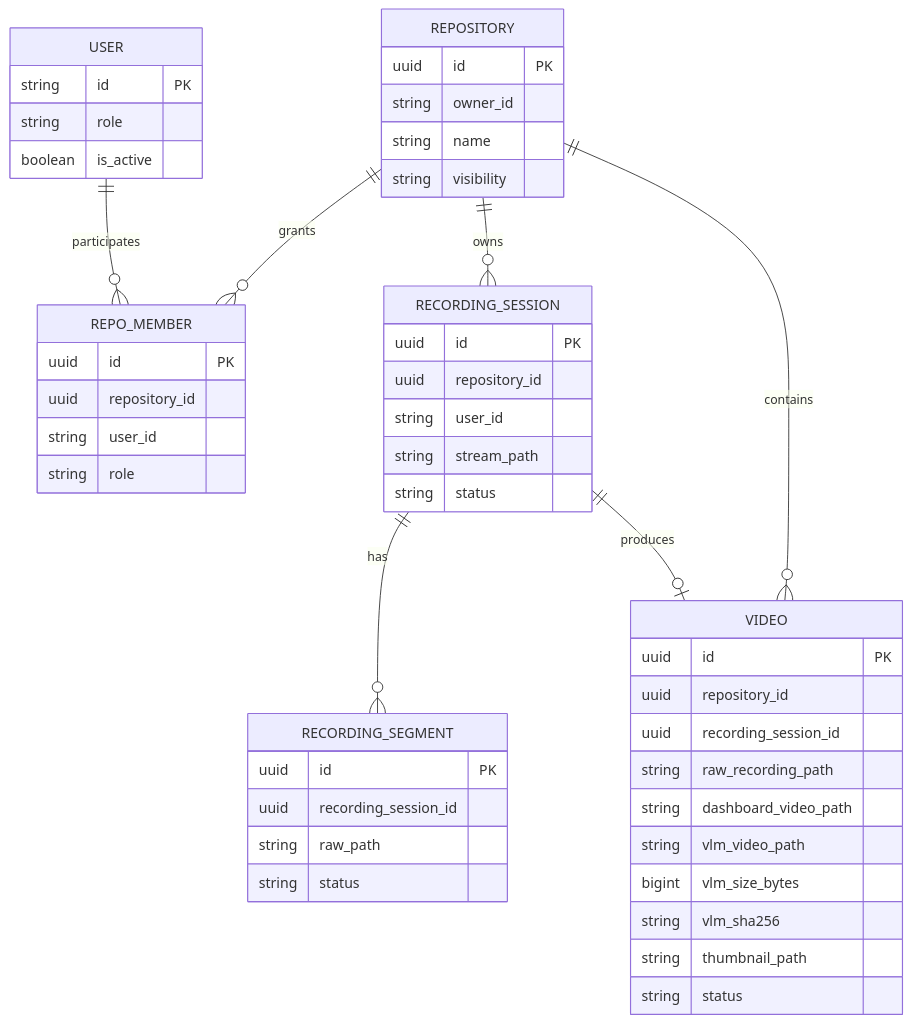
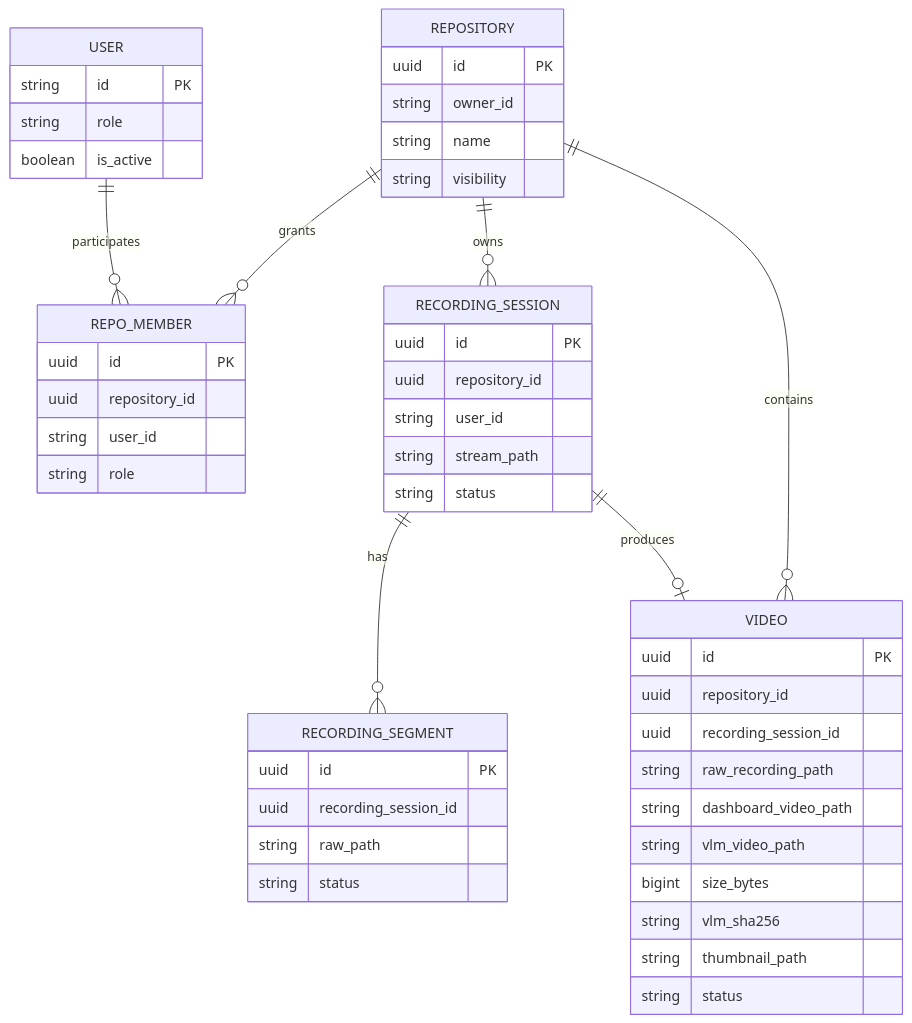
One commit to ego-flow/ego-flow-server changed the second of 2 diagrams in docs/04. project_architecture.md. Above: the diagram before and after it, drawn with Mermaid. The commit also changed 35 other files, not shown here.

````diff
--- a/docs/04. project_architecture.md
+++ b/docs/04. project_architecture.md
@@ -70,57 +70,57 @@
 ```mermaid
 erDiagram
     USER ||--o{ REPO_MEMBER : participates
     REPOSITORY ||--o{ REPO_MEMBER : grants
     REPOSITORY ||--o{ RECORDING_SESSION : owns
     REPOSITORY ||--o{ VIDEO : contains
     RECORDING_SESSION ||--o{ RECORDING_SEGMENT : has
     RECORDING_SESSION ||--o| VIDEO : produces
 
     USER {
         string id PK
         string role
         boolean is_active
     }
 
     REPOSITORY {
         uuid id PK
         string owner_id
         string name
         string visibility
     }
 
     REPO_MEMBER {
         uuid id PK
         uuid repository_id
         string user_id
         string role
     }
 
     RECORDING_SESSION {
         uuid id PK
         uuid repository_id
         string user_id
         string stream_path
         string status
     }
 
     RECORDING_SEGMENT {
         uuid id PK
         uuid recording_session_id
         string raw_path
         string status
     }
 
     VIDEO {
         uuid id PK
         uuid repository_id
         uuid recording_session_id
         string raw_recording_path
         string dashboard_video_path
         string vlm_video_path
-        bigint vlm_size_bytes
+        bigint size_bytes
         string vlm_sha256
         string thumbnail_path
         string status
     }
 ```
````
